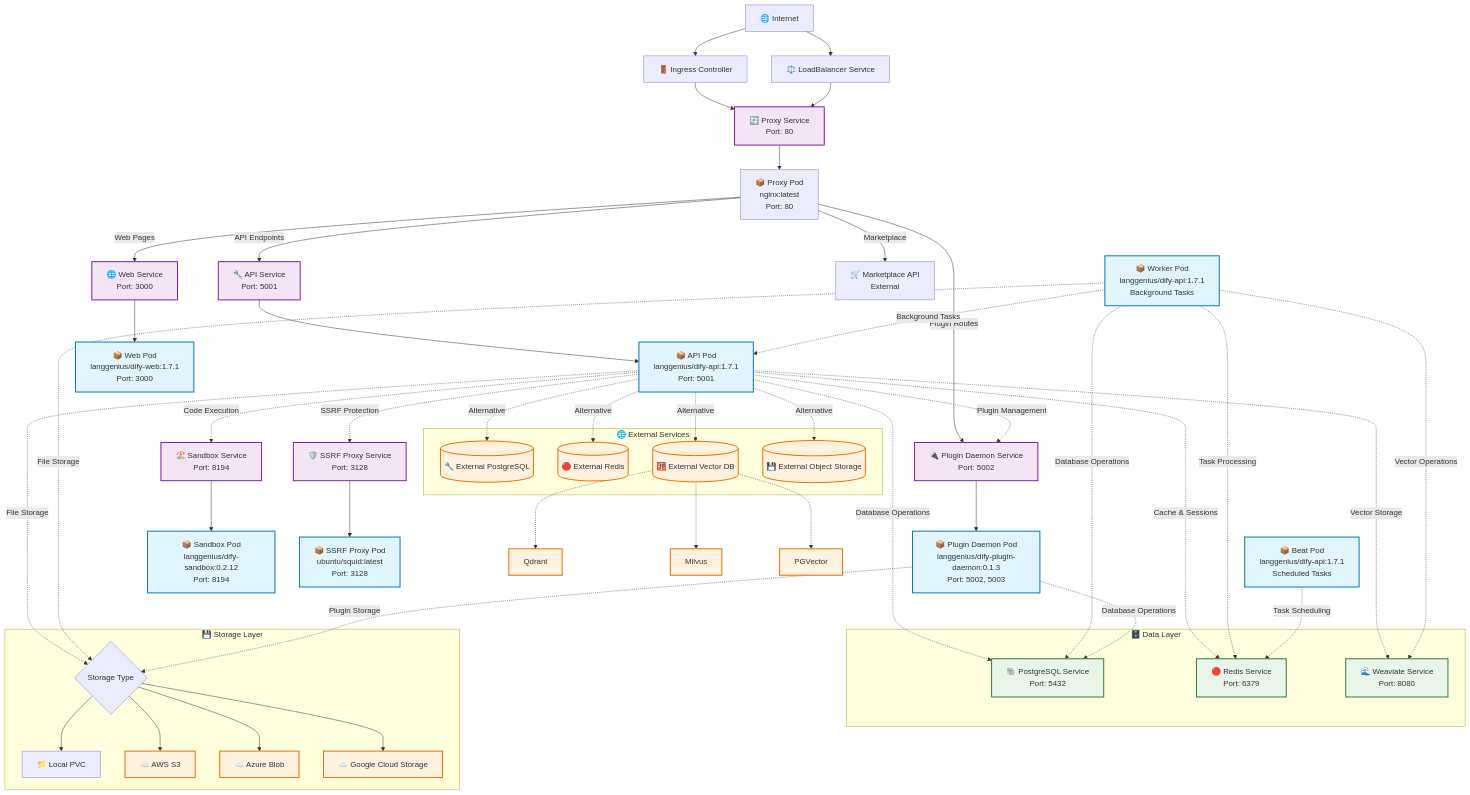
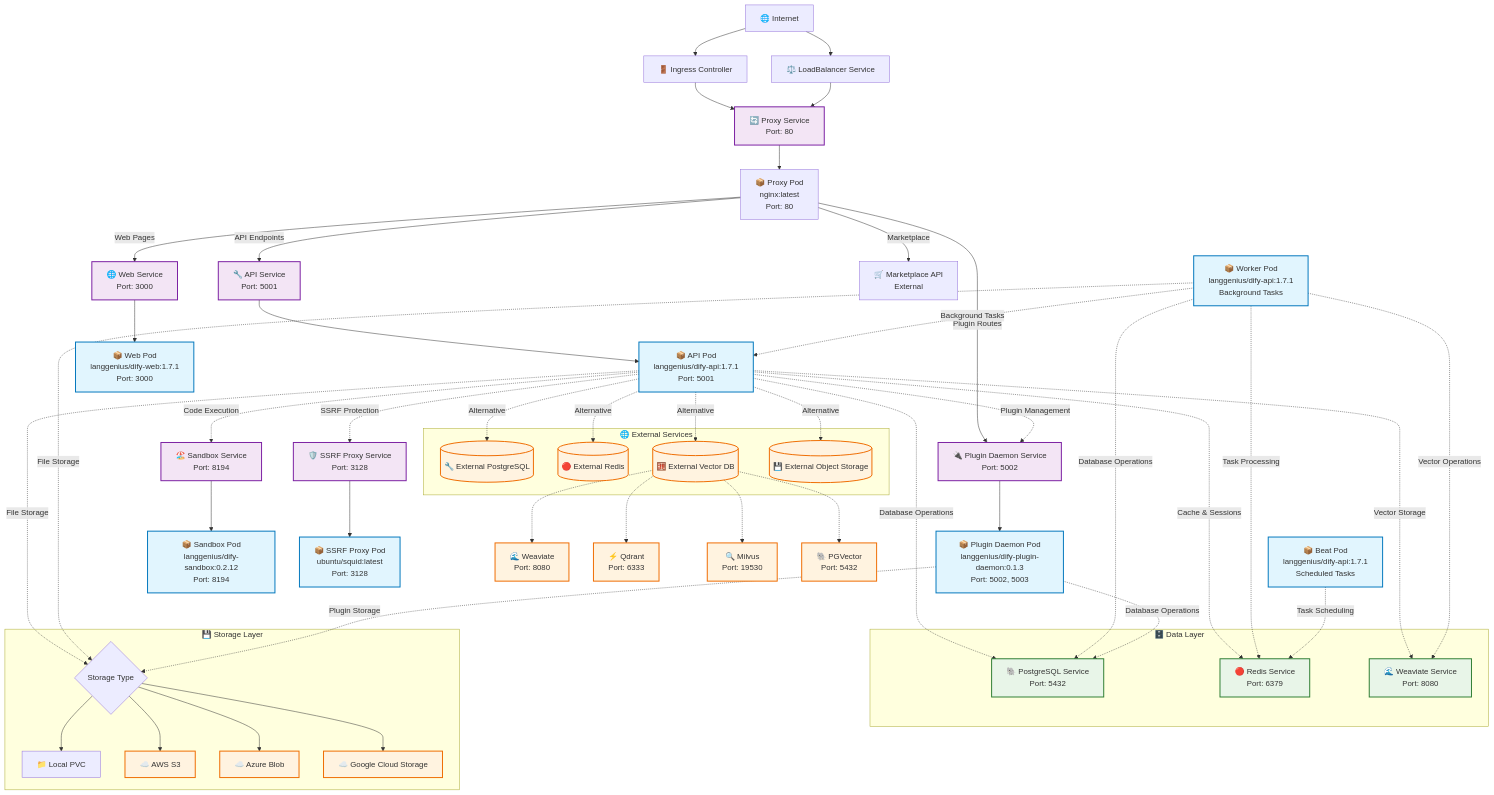
Before and after one commit to BorisPolonsky/dify-helm: the diagram in README.md, drawn with Mermaid.

Commit message:
Update Graph

````diff
--- a/README.md
+++ b/README.md
@@ -112,9 +112,10 @@
     APIPod -.->|Alternative| ExternalVector
     APIPod -.->|Alternative| ExternalStorage
     
-    ExternalVector -.-> Qdrant
-    ExternalVector -.-> Milvus
-    ExternalVector -.-> PGVector
+    ExternalVector -.-> Weaviate[🌊 Weaviate<br/>Port: 8080]
+    ExternalVector -.-> Qdrant[⚡ Qdrant<br/>Port: 6333]
+    ExternalVector -.-> Milvus[🔍 Milvus<br/>Port: 19530]
+    ExternalVector -.-> PGVector[🐘 PGVector<br/>Port: 5432]
 
     %% Styling
     classDef podClass fill:#e1f5fe,stroke:#0277bd,stroke-width:2px
@@ -125,5 +126,5 @@
     class APIPod,WebPod,WorkerPod,BeatPod,SandboxPod,SSRFPod,PluginPod podClass
     class APIService,WebService,SandboxService,SSRFService,PluginService,ProxyService,WeaviateService serviceClass
     class PostgresService,RedisService,WeaviateService storageClass
-    class ExternalDB,ExternalRedis,ExternalVector,ExternalStorage,S3Storage,AzureStorage,GCSStorage,Qdrant,Milvus,PGVector externalClass
+    class ExternalDB,ExternalRedis,ExternalVector,ExternalStorage,S3Storage,AzureStorage,GCSStorage,Weaviate,Qdrant,Milvus,PGVector externalClass
 ```
````
